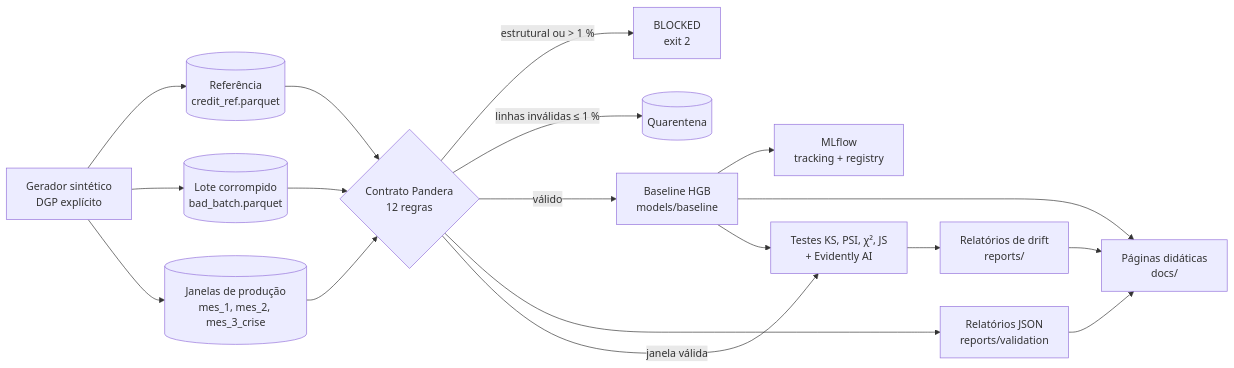
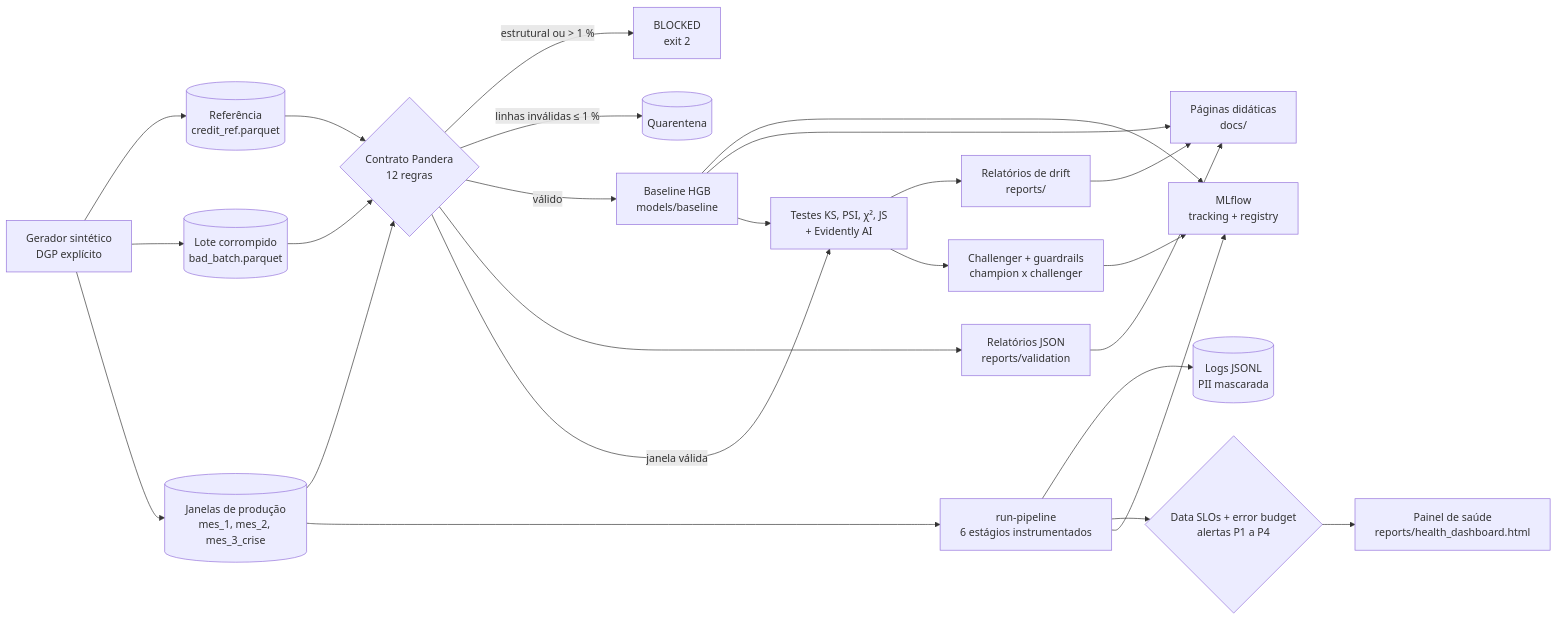
Before and after one commit to humbertosena/fiap-fase4-tech-challenge: the diagram in README.md, drawn with Mermaid. The commit also changed other lines of this file and 12 other files, not shown here.

````diff
--- a/README.md
+++ b/README.md
@@ -42,20 +42,27 @@
 ```mermaid
 flowchart LR
     G[Gerador sintético<br/>DGP explícito] --> R[(Referência<br/>credit_ref.parquet)]
     G --> B[(Lote corrompido<br/>bad_batch.parquet)]
     R --> C{Contrato Pandera<br/>12 regras}
     B --> C
     C -- estrutural ou &gt; 1 % --> X[BLOCKED<br/>exit 2]
     C -- linhas inválidas ≤ 1 % --> Q[(Quarentena)]
     C -- válido --> M[Baseline HGB<br/>models/baseline]
     M --> F[MLflow<br/>tracking + registry]
     C --> P[Relatórios JSON<br/>reports/validation]
     P --> H[Páginas didáticas<br/>docs/]
     M --> H
     G --> W[(Janelas de produção<br/>mes_1, mes_2, mes_3_crise)]
     W --> C
     C -- janela válida --> D[Testes KS, PSI, χ², JS<br/>+ Evidently AI]
     M --> D
     D --> E[Relatórios de drift<br/>reports/]
     E --> H
+    W --> O[run-pipeline<br/>6 estágios instrumentados]
+    O --> L[(Logs JSONL<br/>PII mascarada)]
+    O --> S{Data SLOs + error budget<br/>alertas P1 a P4}
+    S --> V[Painel de saúde<br/>reports/health_dashboard.html]
+    O --> F
+    D --> Z[Challenger + guardrails<br/>champion x challenger]
+    Z --> F
 ```
````
